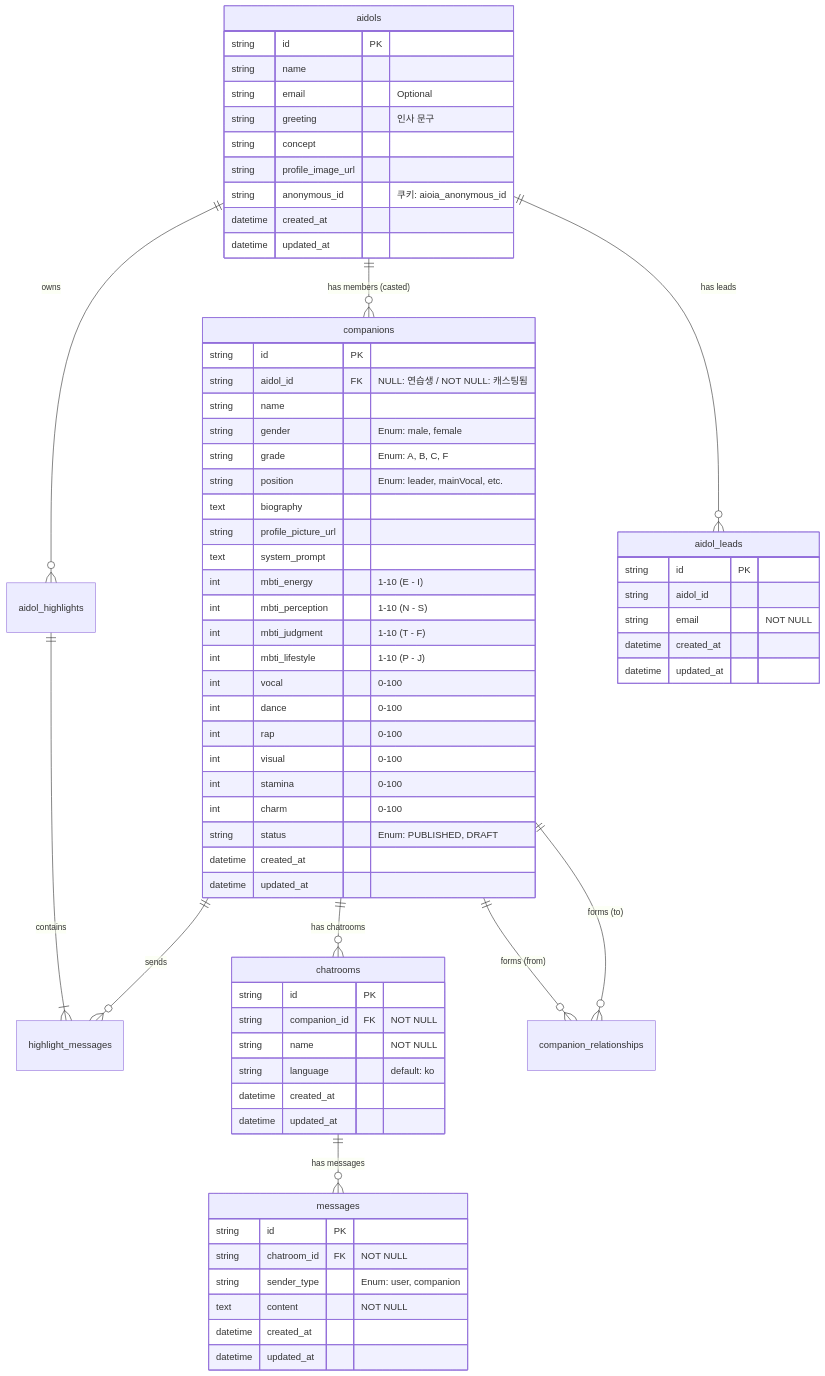
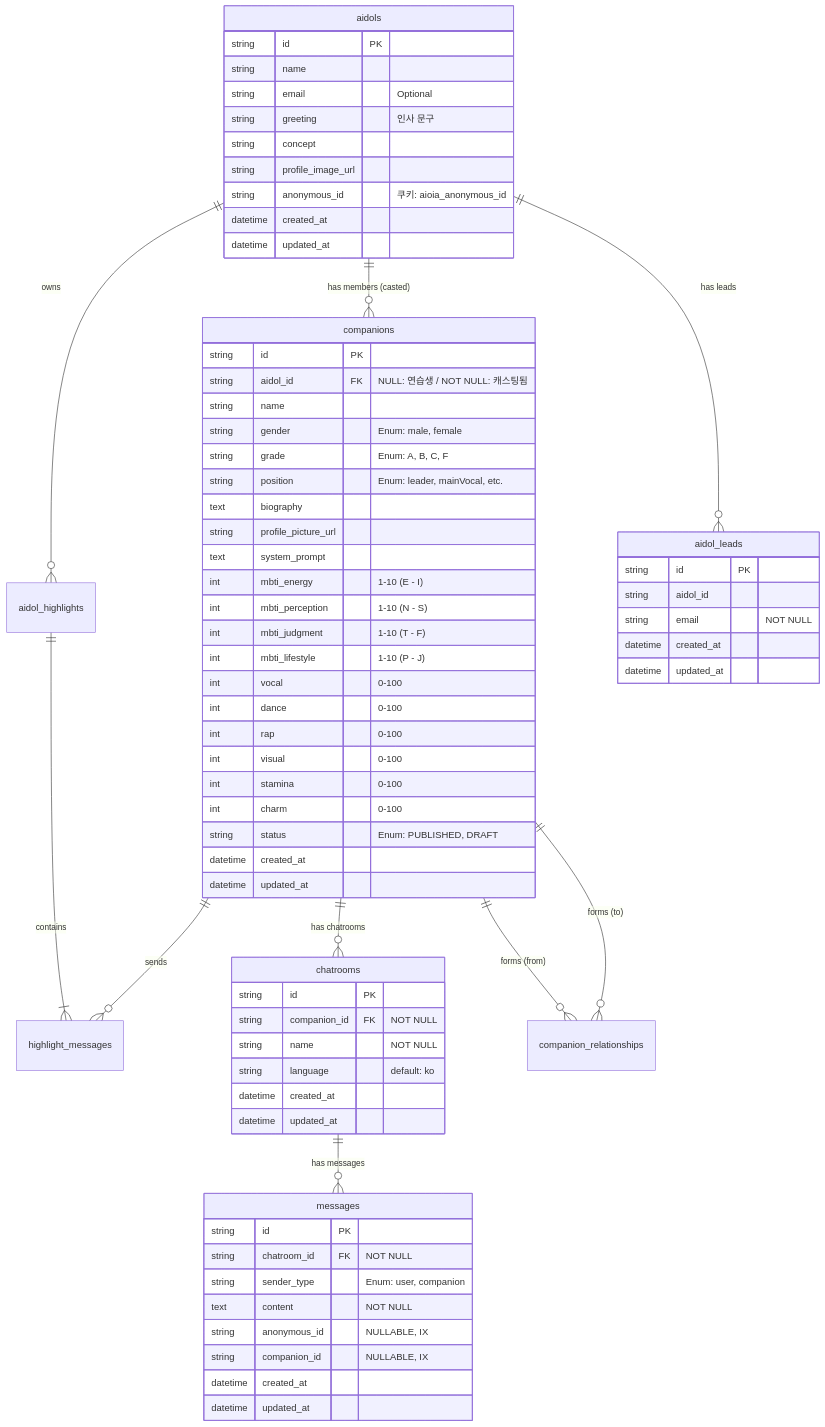
One commit to algorima/aidol-docs changed the diagram in 04_development/erd/aidol-erd.md. Above: the diagram before and after it, drawn with Mermaid.

Commit message:
docs: Diagram에 누락된 필드 추가

````diff
--- a/04_development/erd/aidol-erd.md
+++ b/04_development/erd/aidol-erd.md
@@ -9,80 +9,82 @@
 ```mermaid
 erDiagram
     aidols ||--o{ companions : "has members (casted)"
     aidols ||--o{ aidol_highlights : "owns"
     aidols ||--o{ aidol_leads : "has leads"
 
     aidol_highlights ||--|{ highlight_messages : "contains"
     
     companions ||--o{ highlight_messages : "sends"
     
     companions ||--o{ chatrooms : "has chatrooms"
     chatrooms ||--o{ messages : "has messages"
    
     companions ||--o{ companion_relationships : "forms (from)"
     companions ||--o{ companion_relationships : "forms (to)"
 
 
     aidols {
         string id PK
         string name
         string email "Optional"
         string greeting "인사 문구"
         string concept
         string profile_image_url
         string anonymous_id "쿠키: aioia_anonymous_id"
         datetime created_at
         datetime updated_at
     }
 
     companions {
         string id PK
         string aidol_id FK "NULL: 연습생 / NOT NULL: 캐스팅됨"
         string name
         string gender "Enum: male, female"
         string grade "Enum: A, B, C, F"
         string position "Enum: leader, mainVocal, etc."
         text biography
         string profile_picture_url
         text system_prompt
         int mbti_energy "1-10 (E - I)"
         int mbti_perception "1-10 (N - S)"
         int mbti_judgment "1-10 (T - F)"
         int mbti_lifestyle "1-10 (P - J)"
         int vocal "0-100"
         int dance "0-100"
         int rap "0-100"
         int visual "0-100"
         int stamina "0-100"
         int charm "0-100"
         string status "Enum: PUBLISHED, DRAFT"
         datetime created_at
         datetime updated_at
     }
 
     chatrooms {
         string id PK
         string companion_id FK "NOT NULL"
         string name "NOT NULL"
         string language "default: ko"
         datetime created_at
         datetime updated_at
     }
 
     messages {
         string id PK
         string chatroom_id FK "NOT NULL"
         string sender_type "Enum: user, companion"
         text content "NOT NULL"
+        string anonymous_id "NULLABLE, IX"
+        string companion_id "NULLABLE, IX"
         datetime created_at
         datetime updated_at
     }
 
     aidol_leads {
         string id PK
         string aidol_id
         string email "NOT NULL"
         datetime created_at
         datetime updated_at
     }
 ```
````
